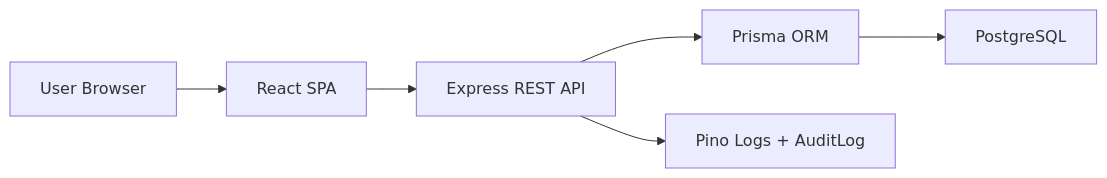
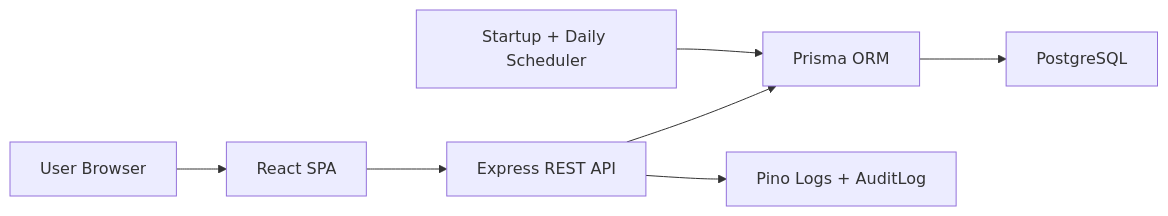
The first of 2 diagrams in docs/ARCHITECTURE.md (2023t01635-eng/maintenance-report-system), drawn with Mermaid before and after one commit. The commit also changed other lines of this file and 28 other files, not shown here.

````diff
--- a/docs/ARCHITECTURE.md
+++ b/docs/ARCHITECTURE.md
@@ -5,8 +5,9 @@
 ```mermaid
 flowchart LR
   User["User Browser"] --> Web["React SPA"]
   Web --> API["Express REST API"]
   API --> Prisma["Prisma ORM"]
   Prisma --> DB["PostgreSQL"]
   API --> Logs["Pino Logs + AuditLog"]
+  Scheduler["Startup + Daily Scheduler"] --> Prisma
 ```
````
